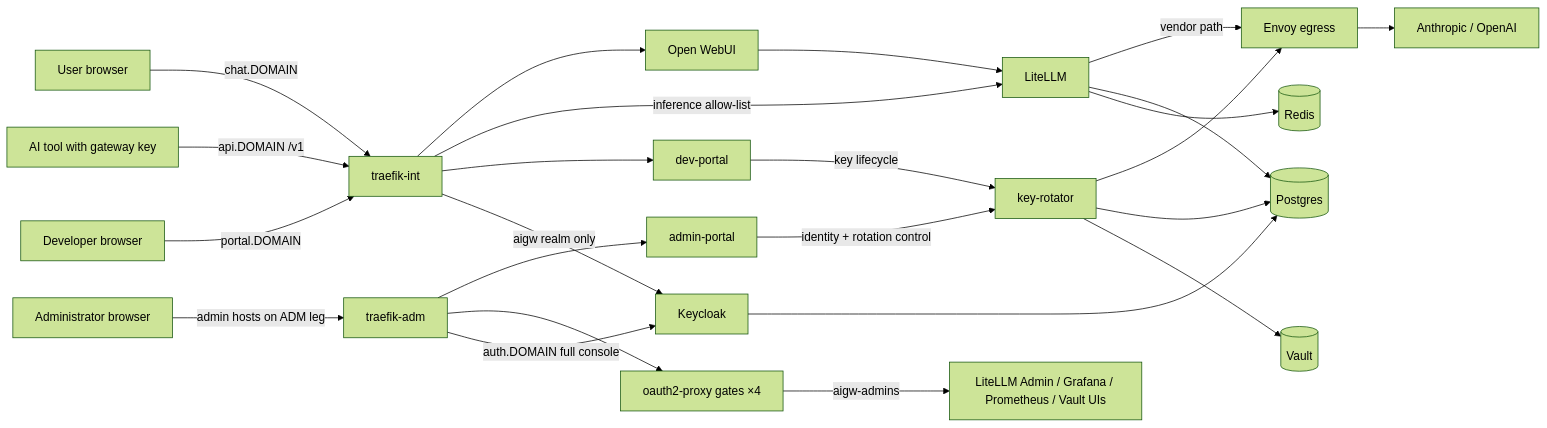
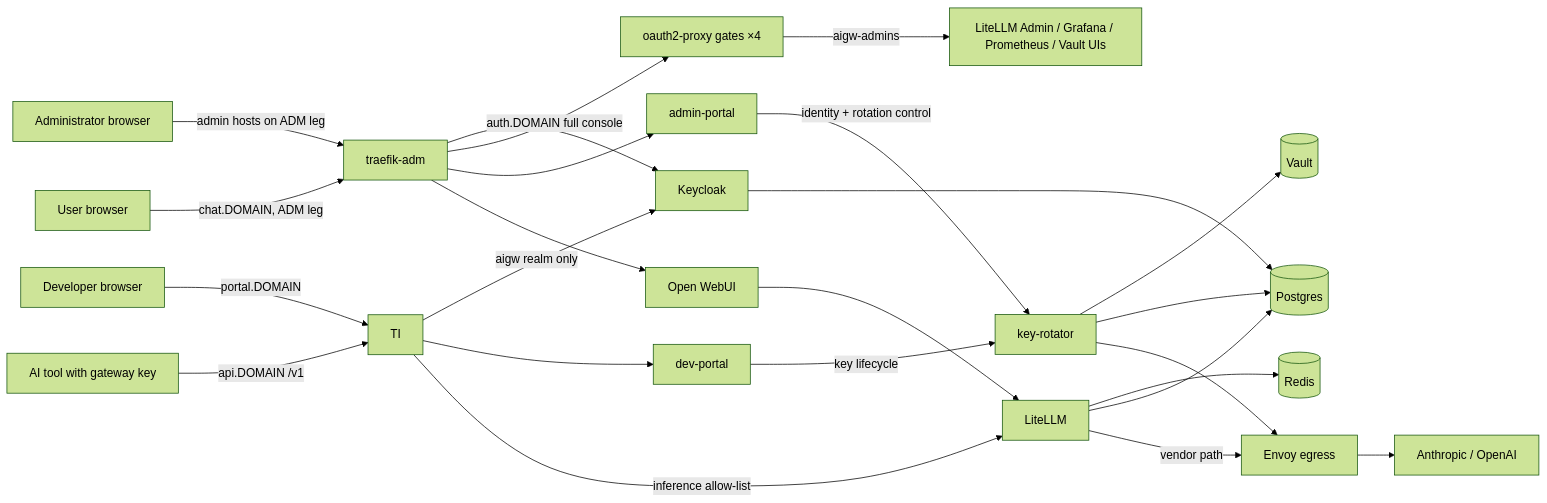
The third of 9 diagrams in docs/architecture-diagrams.md (derhornspieler/ai-gateway), drawn with Mermaid (forest theme) before and after one commit. The commit also changed 5 other files, not shown here.

````diff
--- a/docs/architecture-diagrams.md
+++ b/docs/architecture-diagrams.md
@@ -81,24 +81,24 @@
 ```mermaid
 flowchart LR
-  U[User browser] -->|chat.DOMAIN| TI[traefik-int]
+  U[User browser] -->|chat.DOMAIN, ADM leg| TA
   T[AI tool with gateway key] -->|api.DOMAIN /v1| TI
   D[Developer browser] -->|portal.DOMAIN| TI
   A[Administrator browser] -->|admin hosts on ADM leg| TA[traefik-adm]
 
-  TI --> OW[Open WebUI] --> LL[LiteLLM]
+  TA --> OW[Open WebUI] --> LL[LiteLLM]
   TI -->|inference allow-list| LL
   TI --> DP[dev-portal]
   TI -->|aigw realm only| KC[Keycloak]
 
   TA --> AP[admin-portal]
   TA --> O2[oauth2-proxy gates ×4] -->|aigw-admins| ADM_UIS[LiteLLM Admin / Grafana / Prometheus / Vault UIs]
   TA -->|auth.DOMAIN full console| KC
 
   DP -->|key lifecycle| KR[key-rotator]
   AP -->|identity + rotation control| KR
   LL -->|vendor path| EV[Envoy egress] --> V[Anthropic / OpenAI]
   KR --> EV
   LL & KC & KR --> PG[(Postgres)]
   LL --> RD[(Redis)]
   KR --> VT[(Vault)]
 ```
````
